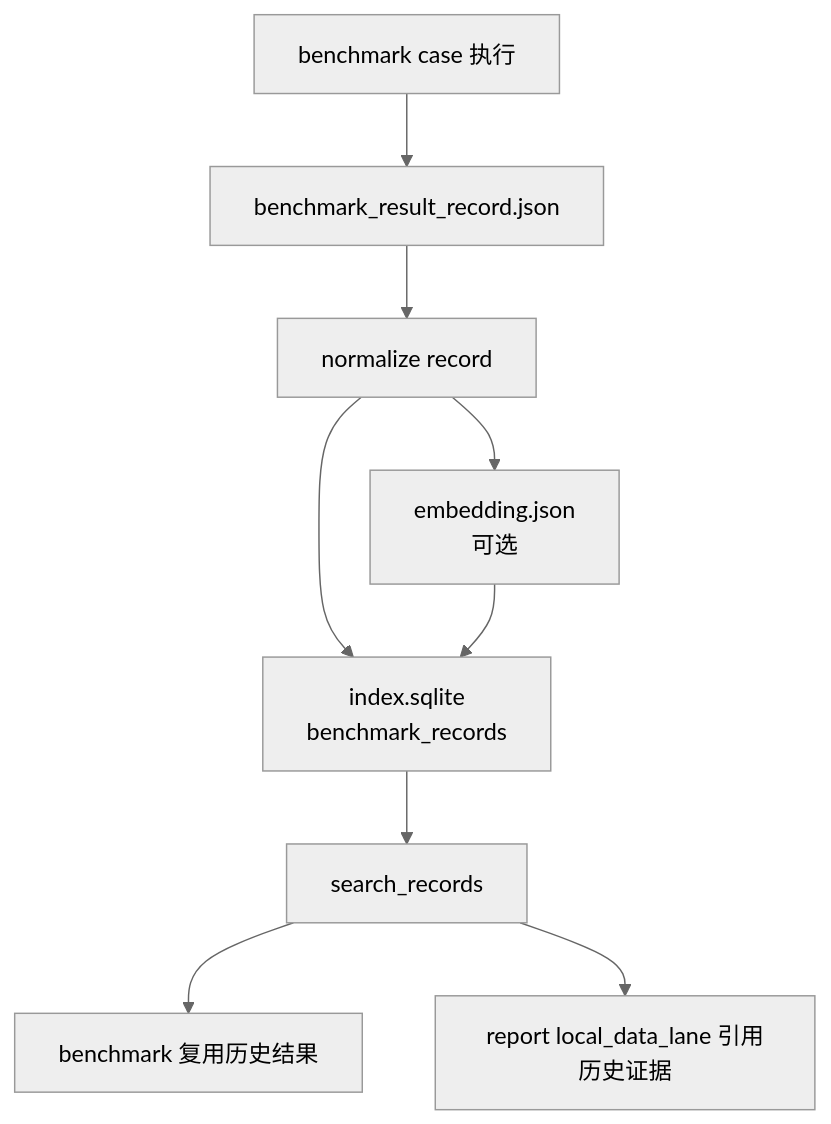
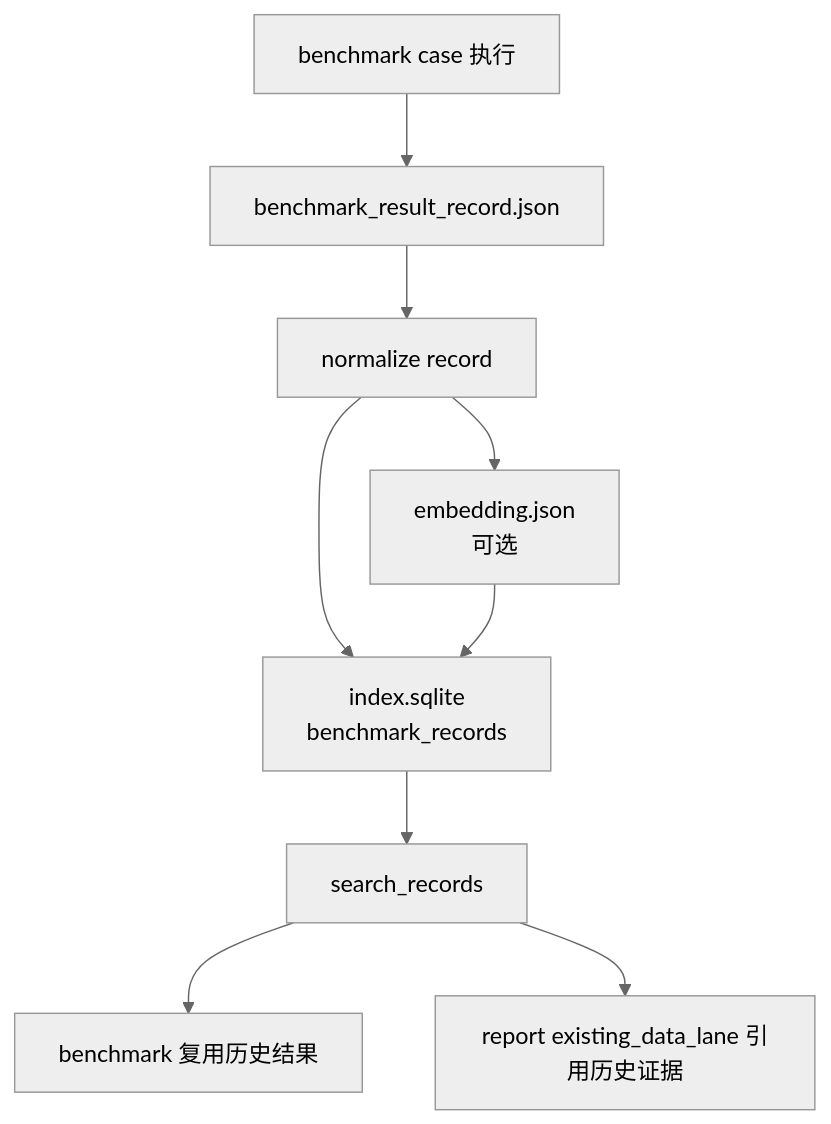
Diagram 16 of 16 in docs/overview/supervisor-agent-function-flows.zh.md (zhang-pei-feng/code2workspace), drawn with Mermaid (neutral theme) before and after one commit. The commit also changed other lines of this file and 31 other files, not shown here.

First line of the commit message:
强化 Supervisor Graph 智能体编排

````diff
--- a/docs/overview/supervisor-agent-function-flows.zh.md
+++ b/docs/overview/supervisor-agent-function-flows.zh.md
@@ -765,11 +799,11 @@
 ```mermaid
 flowchart TD
     CaseRun[benchmark case 执行] --> Rec[benchmark_result_record.json]
     Rec --> Norm[normalize record]
     Norm --> DB[index.sqlite<br/>benchmark_records]
     Norm --> Emb[embedding.json<br/>可选]
     Emb --> DB
     DB --> Search[search_records]
     Search --> Register[benchmark 复用历史结果]
-    Search --> Report[report local_data_lane 引用历史证据]
+    Search --> Report[report existing_data_lane 引用历史证据]
 ```
````
